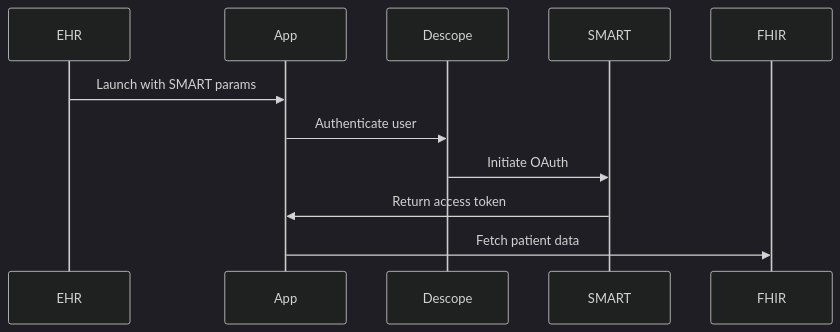
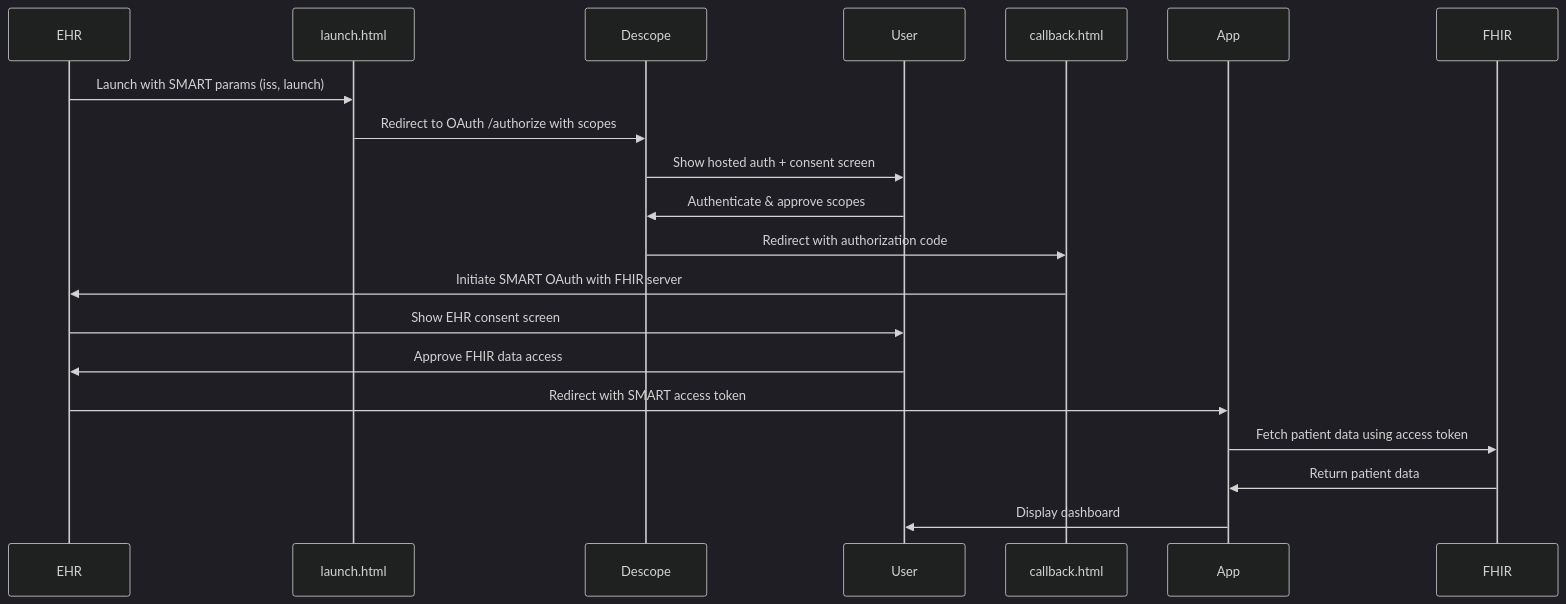
The diagram in README.md (maskaravivek/descope-smart-fhir), drawn with Mermaid (dark theme) before and after one commit. The commit also changed other lines of this file and 8 other files, not shown here.

````diff
--- a/README.md
+++ b/README.md
@@ -58,8 +87,15 @@
 ```mermaid
 sequenceDiagram
-    EHR->>App: Launch with SMART params
-    App->>Descope: Authenticate user
-    Descope->>SMART: Initiate OAuth
-    SMART->>App: Return access token
-    App->>FHIR: Fetch patient data
+    EHR->>launch.html: Launch with SMART params (iss, launch)
+    launch.html->>Descope: Redirect to OAuth /authorize with scopes
+    Descope->>User: Show hosted auth + consent screen
+    User->>Descope: Authenticate & approve scopes
+    Descope->>callback.html: Redirect with authorization code
+    callback.html->>EHR: Initiate SMART OAuth with FHIR server
+    EHR->>User: Show EHR consent screen
+    User->>EHR: Approve FHIR data access
+    EHR->>App: Redirect with SMART access token
+    App->>FHIR: Fetch patient data using access token
+    FHIR->>App: Return patient data
+    App->>User: Display dashboard
 ```
````
